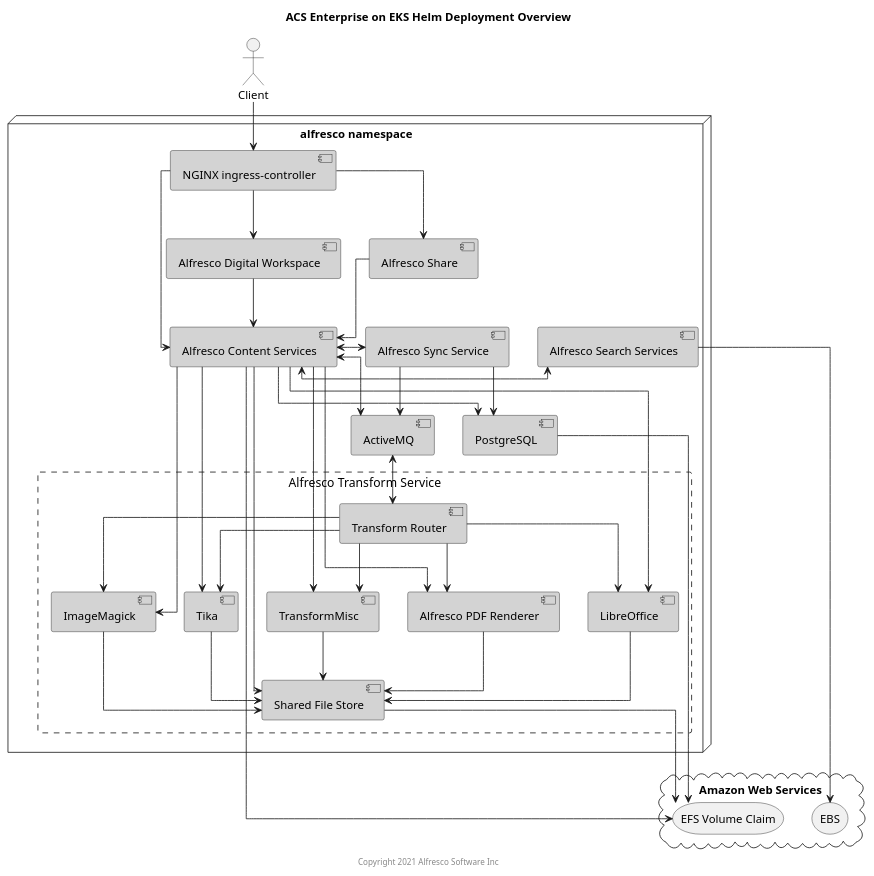
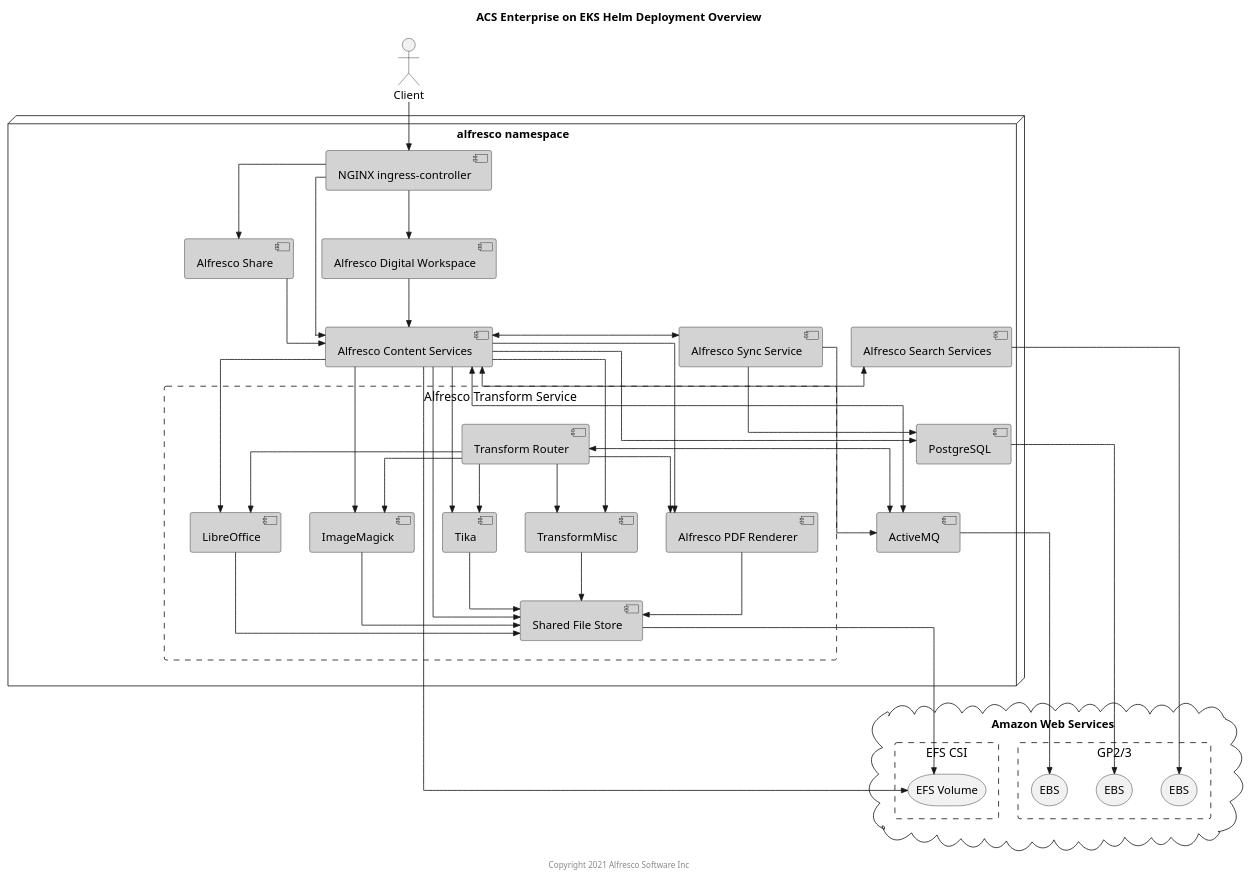
One commit to Alfresco/acs-deployment changed the diagram in docs/helm/diagrams/helm-eks-enterprise.puml. Above: the diagram before and after it, drawn with PlantUML. The commit also changed 8 other files, not shown here.

Commit message:
amend puml diagrams

```diff
--- a/docs/helm/diagrams/helm-eks-enterprise.puml
+++ b/docs/helm/diagrams/helm-eks-enterprise.puml
@@ -1,80 +1,90 @@
 @startuml
 
 Title: ACS Enterprise on EKS Helm Deployment Overview
 
 skinparam componentStyle uml2
 skinparam linetype ortho
 skinparam rectangle {
     BorderStyle dashed
     FontSize 15
     FontStyle none
 }
 
 actor Client
 
 node "alfresco namespace" {
     component "NGINX ingress-controller" as nginx #lightgrey
-    component "Alfresco Digital Workspace" as adw #lightgrey
+    together {
+        component "Alfresco Digital Workspace" as adw #lightgrey
+        component "Alfresco Share" as share #lightgrey
+    }
     component "Alfresco Content Services" as acs #lightgrey
     component "Alfresco Search Services" as ass #lightgrey
     component "Alfresco Sync Service" as sync #lightgrey
     component "PostgreSQL" as psql #lightgrey
-    component "Alfresco Share" as share #lightgrey
     component "ActiveMQ" as amq #lightgrey
-    rectangle "Alfresco Transform Service" {
+    rectangle "Alfresco Transform Service" as ats {
         component "Transform Router" as tr #lightgrey
         component "Shared File Store" as sfs #lightgrey
         component "Alfresco PDF Renderer" as pdfr #lightgrey
         component "LibreOffice" as libr #lightgrey
         component "ImageMagick" as img #lightgrey
         component "Tika" as tika #lightgrey
         component "TransformMisc" as misc #lightgrey
     }
 }
 
 cloud "Amazon Web Services" {
-    storage "EBS" as ebs
-    storage "EFS Volume Claim" as vc
+    rectangle "GP2/3" {
+        storage "EBS" as ebs1
+        storage "EBS" as ebs2
+        storage "EBS" as ebs3
+    }
+    rectangle "EFS CSI" {
+        storage "EFS Volume" as vc
+    }
 }
 
-Client --> nginx
+Client -->> nginx
 
-nginx --> acs
-nginx --> share
-nginx --> adw
+nginx -->> acs
+nginx -->> share
+nginx -->> adw
 
-acs --> vc
-psql --> vc
-sfs --> vc
-ass --> ebs
+acs -[hidden]- ats
+acs -->> vc
+amq -->> ebs1
+psql -->> ebs2
+sfs -->> vc
+ass -->> ebs3
 
-ass <-left-> acs
-acs --> psql
-acs --> pdfr
-acs --> libr
-acs --> img
-acs --> tika
-acs --> misc
-acs --> sfs
-acs <--> amq
-tr --> pdfr
-tr --> libr
-tr --> img
-tr --> tika
-tr --> misc
-tr <-up-> amq
-pdfr --> sfs
-libr --> sfs
-img --> sfs
-tika --> sfs
-misc --> sfs
-share --> acs
-adw --> acs
+acs -->> psql
+acs -->> pdfr
+acs -->> libr
+acs -->> img
+acs -->> tika
+acs -->> misc
+acs -->> sfs
+acs <<-->> amq
+tr -->> pdfr
+tr -->> libr
+tr -->> img
+tr -->> tika
+tr -->> misc
+tr <<-->> amq
+pdfr -->> sfs
+libr -->> sfs
+img -->> sfs
+tika -->> sfs
+misc -->> sfs
+share -->> acs
+adw ->> acs
 
-sync <-left-> acs
-sync --> psql
-sync --> amq
+acs <<->> ass
+sync <<->> acs
+sync -->> psql
+sync -->> amq
 
 center footer Copyright 2021 Alfresco Software Inc
 
 @enduml
```
